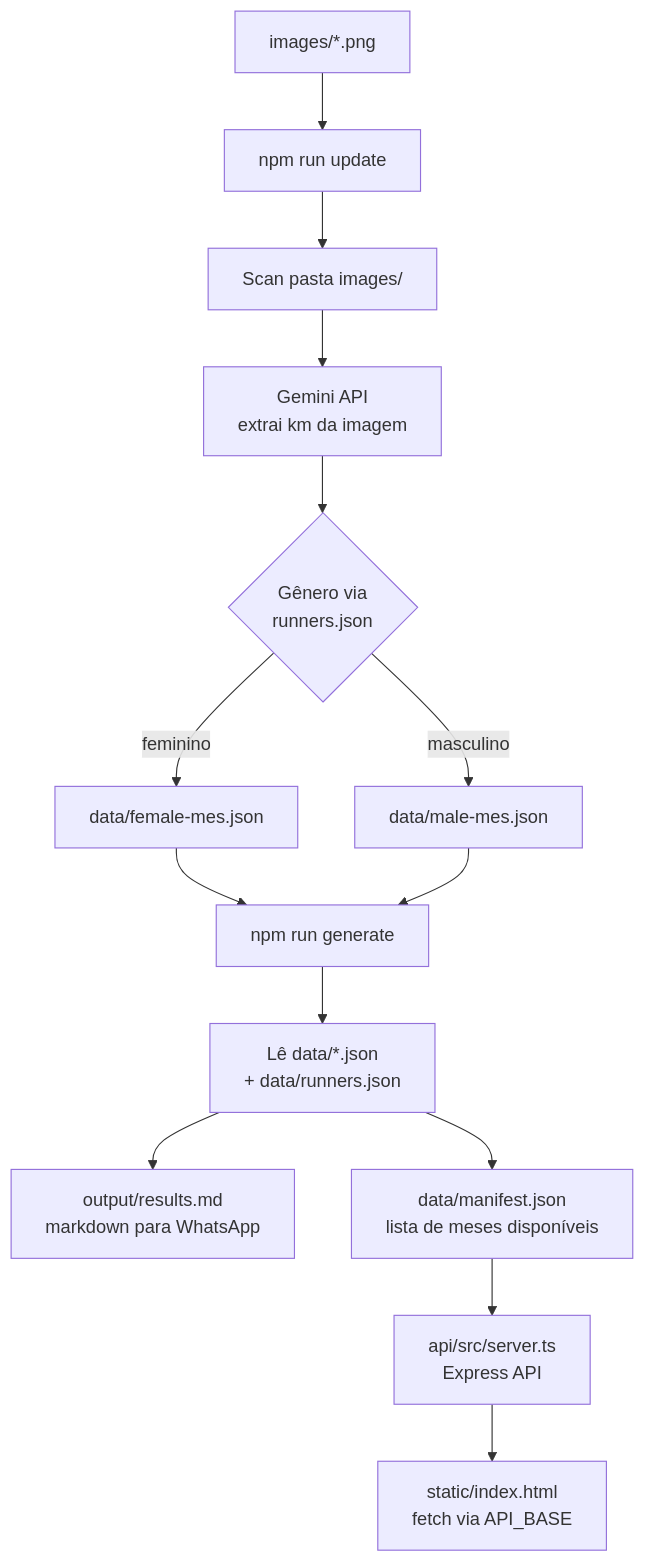
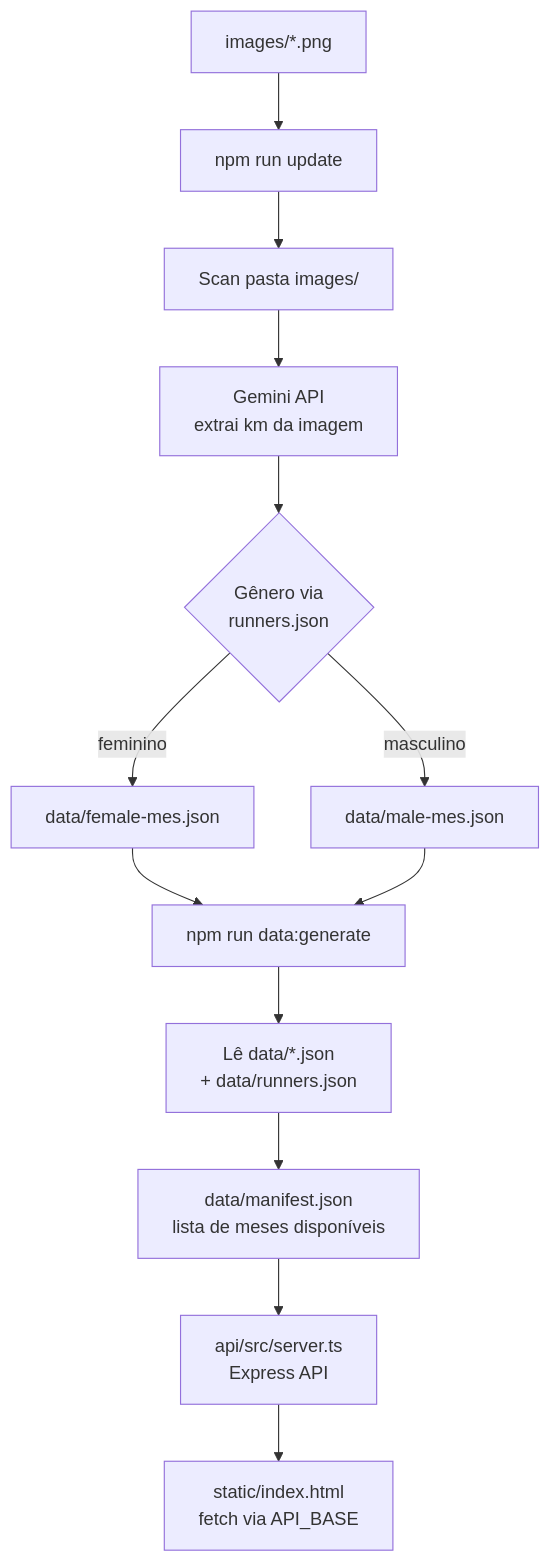
Before and after one commit to tcelestino/rt-ranking-endurance: the diagram in README.md, drawn with Mermaid. The commit also changed other lines of this file and 4 other files, not shown here.

````diff
--- a/README.md
+++ b/README.md
@@ -9,18 +9,17 @@
 ```mermaid
 flowchart TD
     A[images/*.png] --> B[npm run update]
     B --> C[Scan pasta images/]
     C --> D[Gemini API\nextrai km da imagem]
     D --> E{Gênero via\nrunners.json}
     E -->|feminino| F[data/female-mes.json]
     E -->|masculino| G[data/male-mes.json]
 
-    F --> H[npm run generate]
+    F --> H[npm run data:generate]
     G --> H
     H --> I[Lê data/*.json\n+ data/runners.json]
-    I --> J[output/results.md\nmarkdown para WhatsApp]
     I --> K[data/manifest.json\nlista de meses disponíveis]
 
     K --> L[api/src/server.ts\nExpress API]
     L --> M[static/index.html\nfetch via API_BASE]
 ```
````
